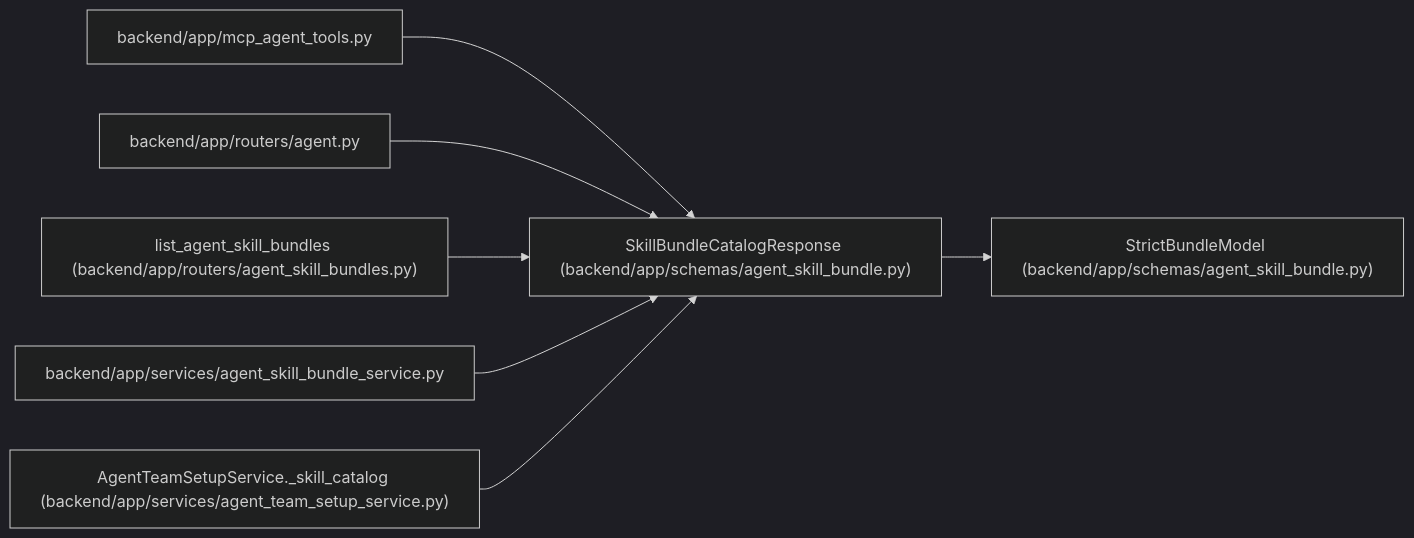
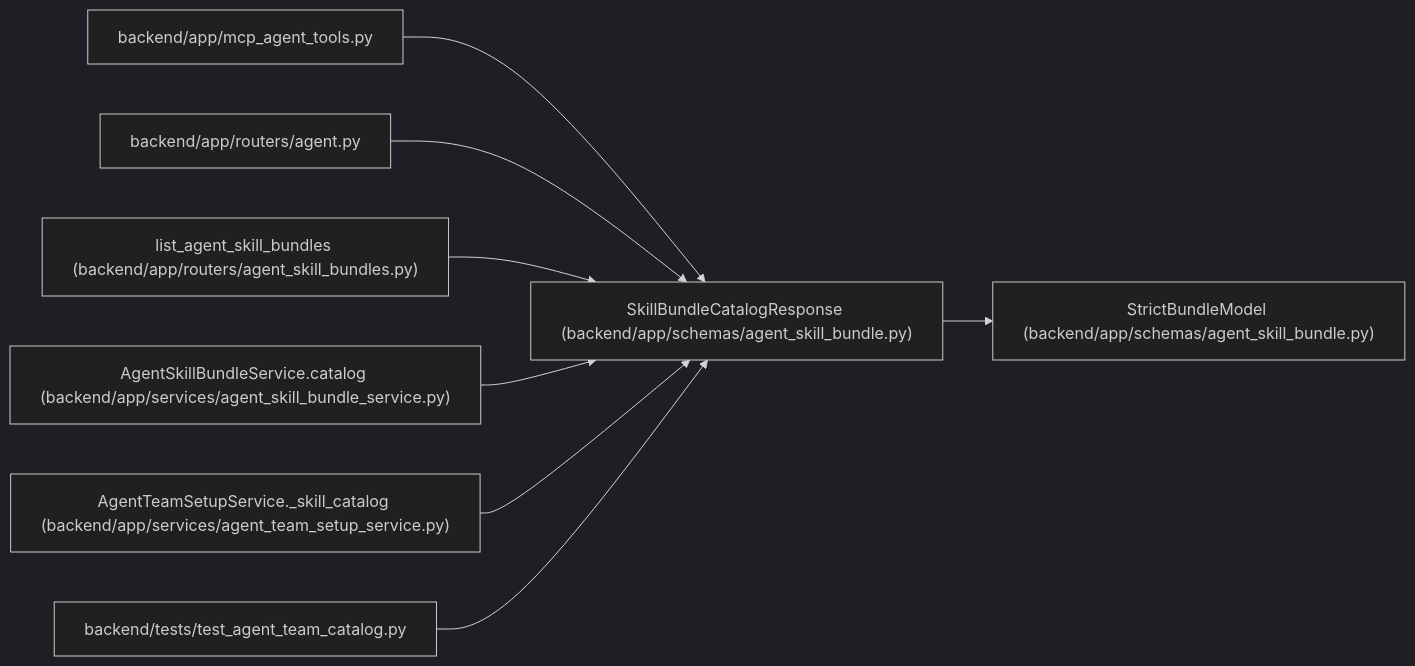
One commit to Denissvgn/WorkChord changed the diagram in docs/llm_wiki/entities/SkillBundleCatalogResponse.md. Above: the diagram before and after it, drawn with Mermaid (dark theme). The commit also changed other lines of this file and 239 other files, not shown here.

````diff
--- a/docs/llm_wiki/entities/SkillBundleCatalogResponse.md
+++ b/docs/llm_wiki/entities/SkillBundleCatalogResponse.md
@@ -29,23 +29,26 @@
 ```mermaid
 flowchart LR
     n0["SkillBundleCatalogResponse (backend/app/schemas/agent_skill_bundle.py)"]
     n1["StrictBundleModel (backend/app/schemas/agent_skill_bundle.py)"]
     n2["backend/app/mcp_agent_tools.py"]
     n3["backend/app/routers/agent.py"]
     n4["list_agent_skill_bundles (backend/app/routers/agent_skill_bundles.py)"]
-    n5["backend/app/services/agent_skill_bundle_service.py"]
+    n5["AgentSkillBundleService.catalog (backend/app/services/agent_skill_bundle_service.py)"]
     n6["AgentTeamSetupService._skill_catalog (backend/app/services/agent_team_setup_service.py)"]
+    n7["backend/tests/test_agent_team_catalog.py"]
     n0 --> n1
     n2 --> n0
     n3 --> n0
     n4 --> n0
     n5 --> n0
     n6 --> n0
+    n7 --> n0
     click n0 "../modules/agent_skill_bundle.md"
     click n1 "../modules/agent_skill_bundle.md"
     click n2 "../modules/mcp_agent_tools.md"
     click n3 "../modules/routers_agent.md"
     click n4 "../modules/agent_skill_bundles.md"
     click n5 "../modules/agent_skill_bundle_service.md"
     click n6 "../modules/agent_team_setup_service.md"
+    click n7 "../modules/test_agent_team_catalog.md"
 ```
````
